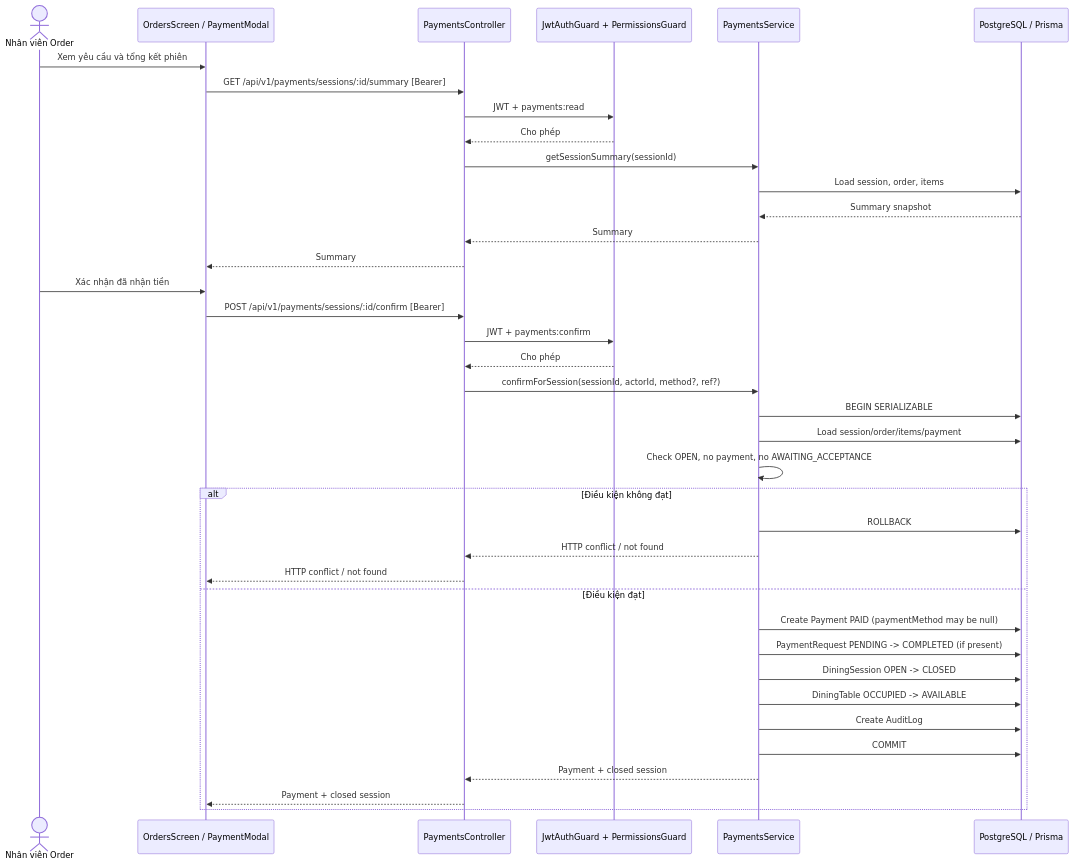
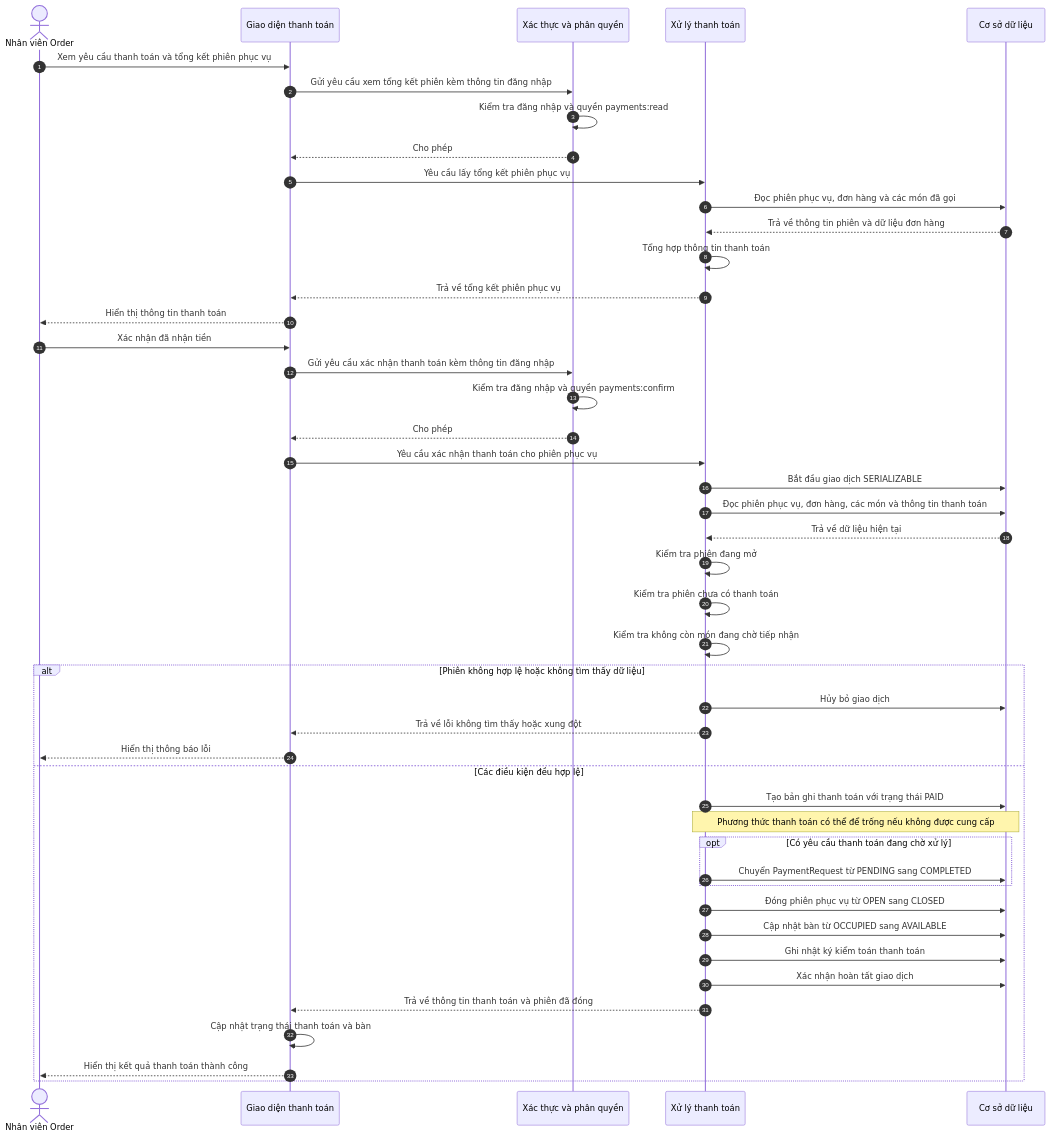
Before and after one commit to NTMHuy/ResMan: the diagram in docs/analysis/diagrams/sequence-payment.mmd, drawn with Mermaid.

Commit message:
Update sequence diagram for payment process

```diff
--- a/docs/analysis/diagrams/sequence-payment.mmd
+++ b/docs/analysis/diagrams/sequence-payment.mmd
@@ -1,38 +1,57 @@
 sequenceDiagram
-  actor Staff as Nhân viên Order
-  participant UI as OrdersScreen / PaymentModal
-  participant C as PaymentsController
-  participant Guard as JwtAuthGuard + PermissionsGuard
-  participant S as PaymentsService
-  participant DB as PostgreSQL / Prisma
-  Staff->>UI: Xem yêu cầu và tổng kết phiên
-  UI->>C: GET /api/v1/payments/sessions/:id/summary [Bearer]
-  C->>Guard: JWT + payments:read
-  Guard-->>C: Cho phép
-  C->>S: getSessionSummary(sessionId)
-  S->>DB: Load session, order, items
-  DB-->>S: Summary snapshot
-  S-->>C: Summary
-  C-->>UI: Summary
-  Staff->>UI: Xác nhận đã nhận tiền
-  UI->>C: POST /api/v1/payments/sessions/:id/confirm [Bearer]
-  C->>Guard: JWT + payments:confirm
-  Guard-->>C: Cho phép
-  C->>S: confirmForSession(sessionId, actorId, method?, ref?)
-  S->>DB: BEGIN SERIALIZABLE
-  S->>DB: Load session/order/items/payment
-  S->>S: Check OPEN, no payment, no AWAITING_ACCEPTANCE
-  alt Điều kiện không đạt
-    S->>DB: ROLLBACK
-    S-->>C: HTTP conflict / not found
-    C-->>UI: HTTP conflict / not found
-  else Điều kiện đạt
-    S->>DB: Create Payment PAID (paymentMethod may be null)
-    S->>DB: PaymentRequest PENDING -> COMPLETED (if present)
-    S->>DB: DiningSession OPEN -> CLOSED
-    S->>DB: DiningTable OCCUPIED -> AVAILABLE
-    S->>DB: Create AuditLog
-    S->>DB: COMMIT
-    S-->>C: Payment + closed session
-    C-->>UI: Payment + closed session
-  end
+    autonumber
+
+    actor Staff as Nhân viên Order
+
+    participant UI as Giao diện thanh toán
+    participant Auth as Xác thực và phân quyền
+    participant Payment as Xử lý thanh toán
+    participant DB as Cơ sở dữ liệu
+
+    Staff->>UI: Xem yêu cầu thanh toán và tổng kết phiên phục vụ
+    UI->>Auth: Gửi yêu cầu xem tổng kết phiên kèm thông tin đăng nhập
+    Auth->>Auth: Kiểm tra đăng nhập và quyền payments:read
+    Auth-->>UI: Cho phép
+
+    UI->>Payment: Yêu cầu lấy tổng kết phiên phục vụ
+    Payment->>DB: Đọc phiên phục vụ, đơn hàng và các món đã gọi
+    DB-->>Payment: Trả về thông tin phiên và dữ liệu đơn hàng
+    Payment->>Payment: Tổng hợp thông tin thanh toán
+    Payment-->>UI: Trả về tổng kết phiên phục vụ
+    UI-->>Staff: Hiển thị thông tin thanh toán
+
+    Staff->>UI: Xác nhận đã nhận tiền
+    UI->>Auth: Gửi yêu cầu xác nhận thanh toán kèm thông tin đăng nhập
+    Auth->>Auth: Kiểm tra đăng nhập và quyền payments:confirm
+    Auth-->>UI: Cho phép
+
+    UI->>Payment: Yêu cầu xác nhận thanh toán cho phiên phục vụ
+    Payment->>DB: Bắt đầu giao dịch SERIALIZABLE
+    Payment->>DB: Đọc phiên phục vụ, đơn hàng, các món và thông tin thanh toán
+    DB-->>Payment: Trả về dữ liệu hiện tại
+
+    Payment->>Payment: Kiểm tra phiên đang mở
+    Payment->>Payment: Kiểm tra phiên chưa có thanh toán
+    Payment->>Payment: Kiểm tra không còn món đang chờ tiếp nhận
+
+    alt Phiên không hợp lệ hoặc không tìm thấy dữ liệu
+        Payment->>DB: Hủy bỏ giao dịch
+        Payment-->>UI: Trả về lỗi không tìm thấy hoặc xung đột
+        UI-->>Staff: Hiển thị thông báo lỗi
+    else Các điều kiện đều hợp lệ
+        Payment->>DB: Tạo bản ghi thanh toán với trạng thái PAID
+        Note over Payment,DB: Phương thức thanh toán có thể để trống nếu không được cung cấp
+
+        opt Có yêu cầu thanh toán đang chờ xử lý
+            Payment->>DB: Chuyển PaymentRequest từ PENDING sang COMPLETED
+        end
+
+        Payment->>DB: Đóng phiên phục vụ từ OPEN sang CLOSED
+        Payment->>DB: Cập nhật bàn từ OCCUPIED sang AVAILABLE
+        Payment->>DB: Ghi nhật ký kiểm toán thanh toán
+        Payment->>DB: Xác nhận hoàn tất giao dịch
+
+        Payment-->>UI: Trả về thông tin thanh toán và phiên đã đóng
+        UI->>UI: Cập nhật trạng thái thanh toán và bàn
+        UI-->>Staff: Hiển thị kết quả thanh toán thành công
+    end
```
